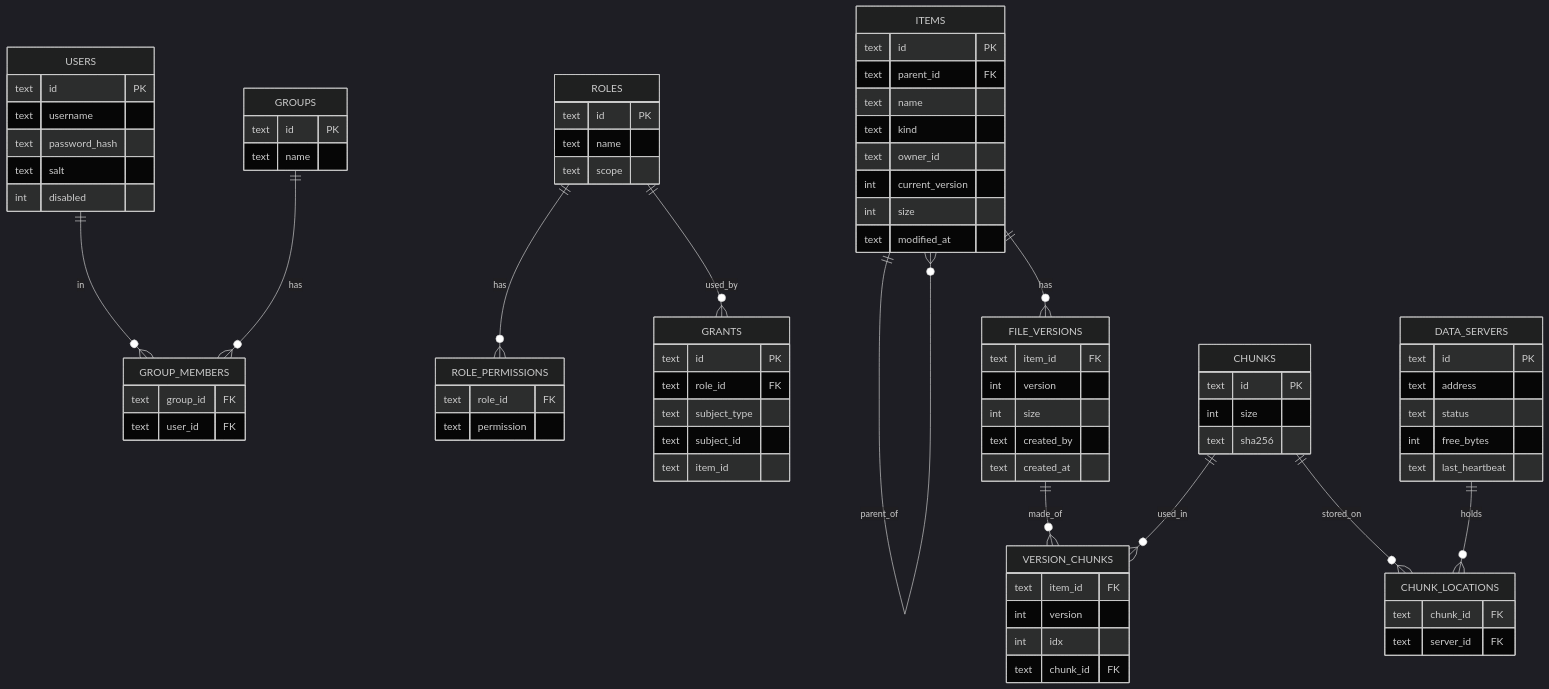
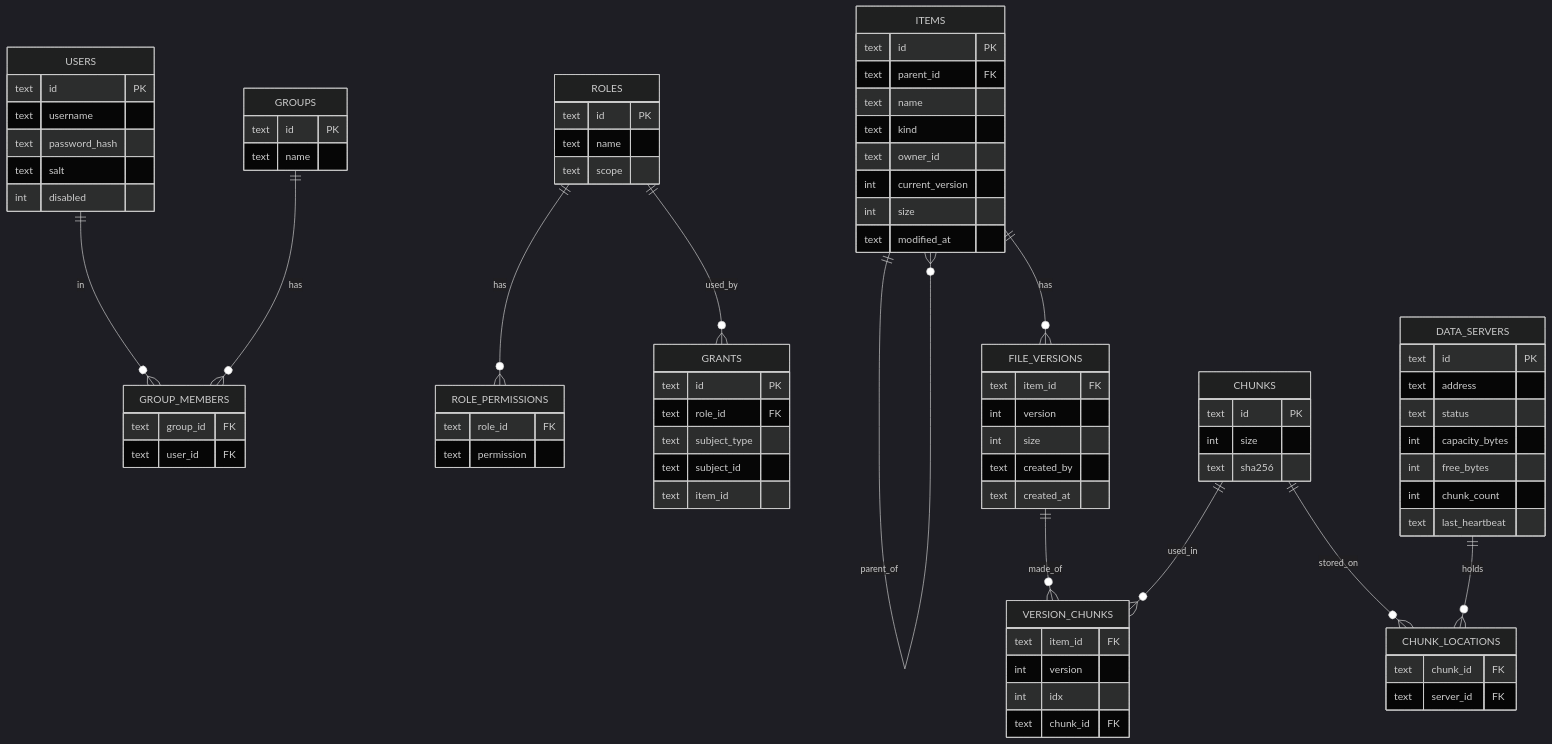
The diagram in docs/data-model.md (DistributedFileSystem/centralized-distributed-file-systems), drawn with Mermaid (dark theme) before and after one commit. The commit also changed 16 other files, not shown here.

````diff
--- a/docs/data-model.md
+++ b/docs/data-model.md
@@ -83,7 +83,9 @@
     text id PK
     text address
     text status
+    int capacity_bytes
     int free_bytes
+    int chunk_count
     text last_heartbeat
   }
 ```
````
